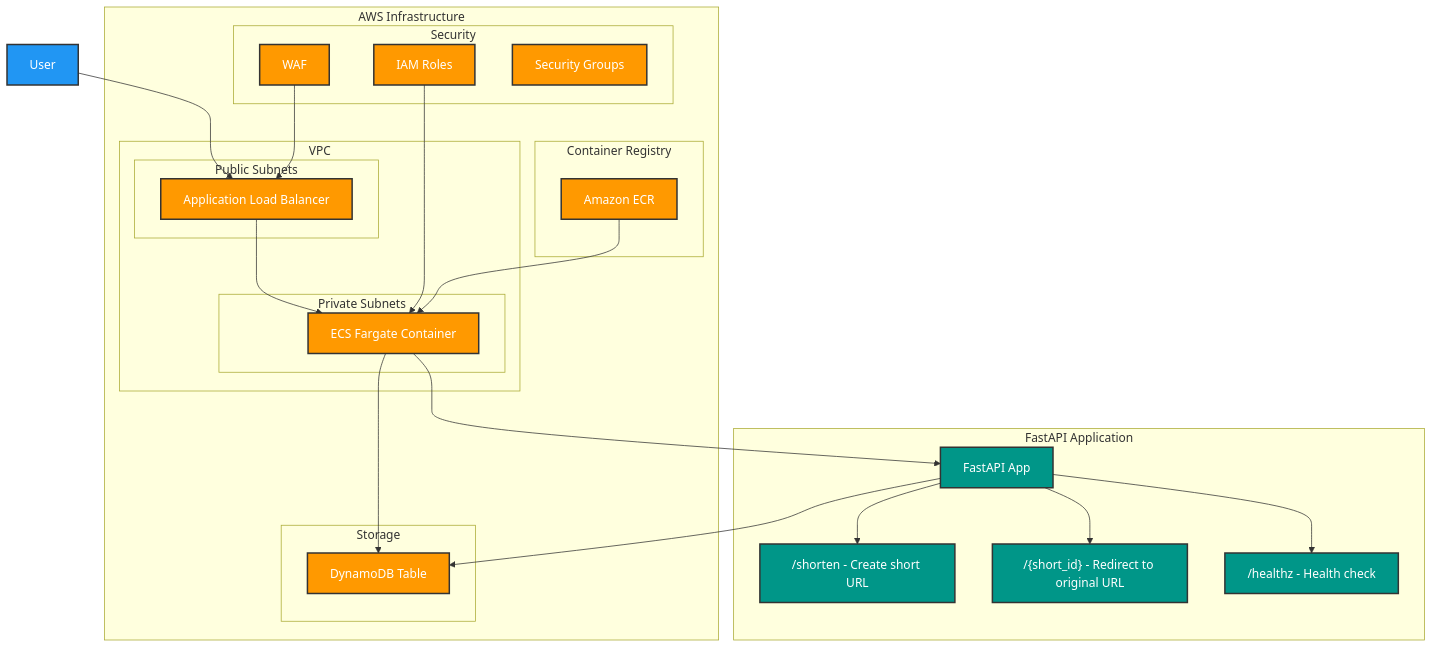
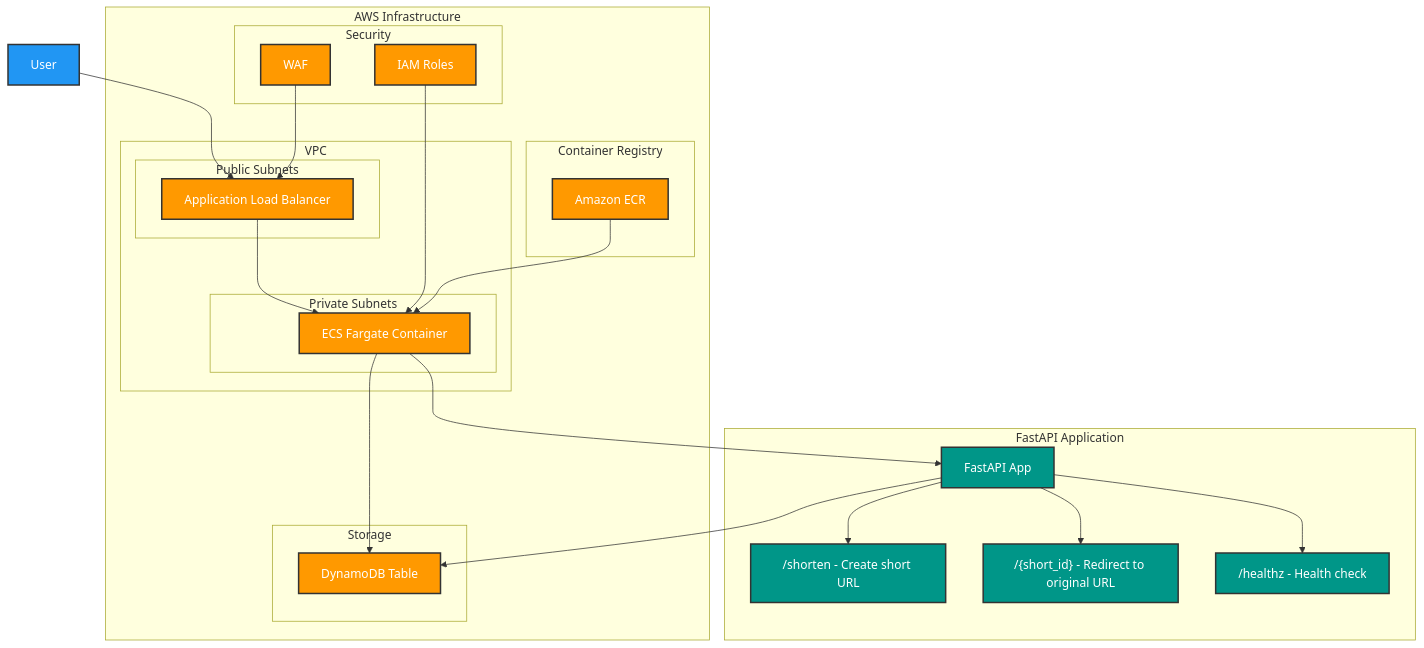
One commit to YacquubAdan/url-shortener changed the diagram in README.md. Above: the diagram before and after it, drawn with Mermaid.

Commit message:
add: readmev2

````diff
--- a/README.md
+++ b/README.md
@@ -7,49 +7,48 @@
 ```mermaid
 graph TB
     User[User] --> ALB[Application Load Balancer]
     ALB --> ECS[ECS Fargate Container]
     ECS --> DDB[DynamoDB Table]
     
     subgraph "AWS Infrastructure"
         subgraph "VPC"
             subgraph "Public Subnets"
                 ALB
             end
             subgraph "Private Subnets"
                 ECS
             end
         end
         
         subgraph "Security"
             WAF[WAF] --> ALB
             IAM[IAM Roles] --> ECS
-            SG[Security Groups]
         end
         
         subgraph "Storage"
             DDB
         end
         
         subgraph "Container Registry"
             ECR[Amazon ECR]
         end
     end
     
     subgraph "FastAPI Application"
         ECS --> App[FastAPI App]
         App --> POST["/shorten - Create short URL"]
         App --> GET["/{short_id} - Redirect to original URL"]
         App --> Health["/healthz - Health check"]
     end
     
     ECR --> ECS
     App --> DDB
     
     classDef aws fill:#ff9900,stroke:#333,stroke-width:2px,color:#fff
     classDef app fill:#009688,stroke:#333,stroke-width:2px,color:#fff
     classDef user fill:#2196f3,stroke:#333,stroke-width:2px,color:#fff
     
     class ALB,ECS,DDB,WAF,IAM,SG,ECR aws
     class App,POST,GET,Health app
     class User user
 ```
````
